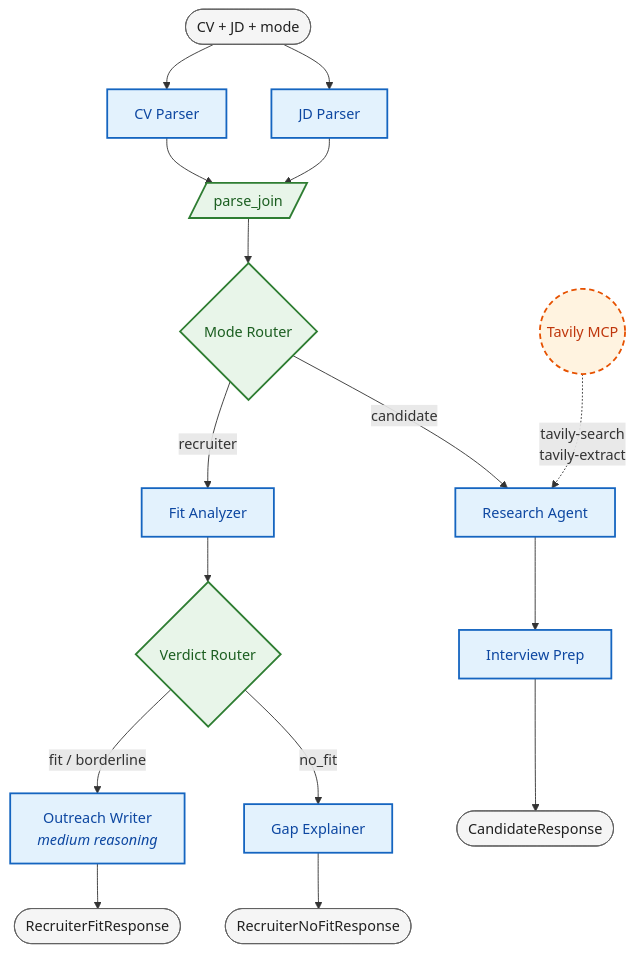
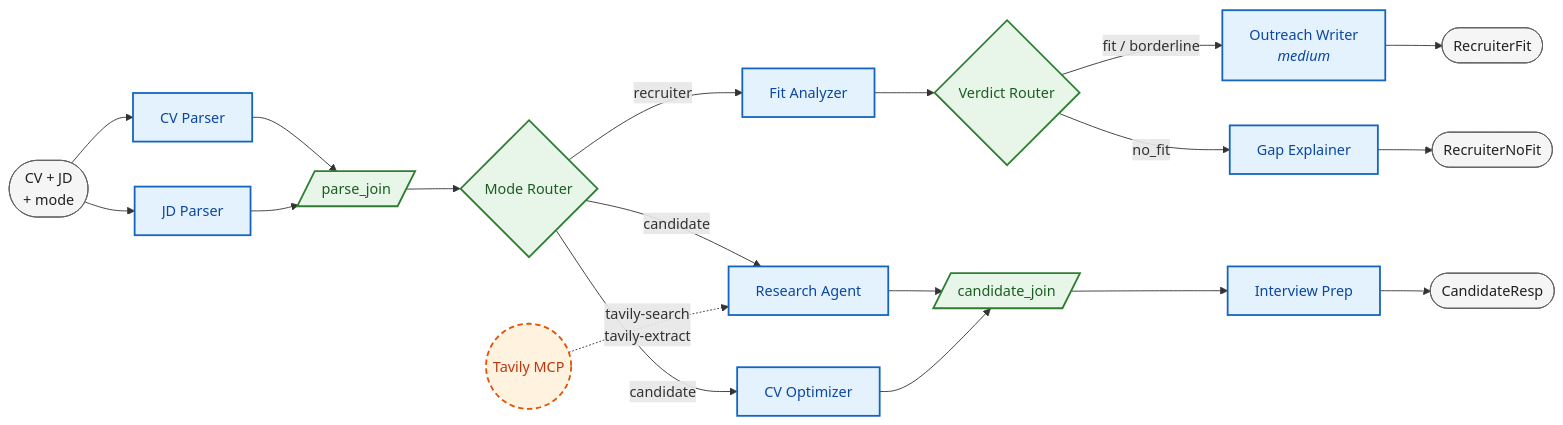
Before and after one commit to Naji-Najari/career-copilot: the diagram in README.md, drawn with Mermaid. The commit also changed other lines of this file and 13 other files, not shown here.

Commit message:
feat: implement CV Optimizer agent for strategic CV positioning recommendations

````diff
--- a/README.md
+++ b/README.md
@@ -39,31 +39,33 @@
 ```mermaid
-flowchart TD
-    IN(["CV + JD + mode"]):::io
+flowchart LR
+    IN(["CV + JD<br/>+ mode"]):::io
 
     IN --> CV[CV Parser]:::agent
     IN --> JD[JD Parser]:::agent
     CV --> PJ[/parse_join/]:::code
     JD --> PJ
     PJ --> MR{Mode Router}:::code
 
     MR -- recruiter --> FA[Fit Analyzer]:::agent
-    MR -- candidate --> RA[Research Agent]:::agent
-
     FA --> VR{Verdict Router}:::code
-    VR -- fit / borderline --> OW["Outreach Writer<br/><i>medium reasoning</i>"]:::agent
+    VR -- fit / borderline --> OW["Outreach Writer<br/><i>medium</i>"]:::agent
     VR -- no_fit --> GE[Gap Explainer]:::agent
 
-    RA --> IP[Interview Prep]:::agent
+    MR -- candidate --> RA[Research Agent]:::agent
+    MR -- candidate --> CO[CV Optimizer]:::agent
+    RA --> CJ[/candidate_join/]:::code
+    CO --> CJ
+    CJ --> IP[Interview Prep]:::agent
 
     TV((Tavily MCP)):::tool
     TV -. tavily-search<br/>tavily-extract .-> RA
 
-    OW --> OUT1(["RecruiterFitResponse"]):::io
-    GE --> OUT2(["RecruiterNoFitResponse"]):::io
-    IP --> OUT3(["CandidateResponse"]):::io
+    OW --> OUT1(["RecruiterFit"]):::io
+    GE --> OUT2(["RecruiterNoFit"]):::io
+    IP --> OUT3(["CandidateResp"]):::io
 
     classDef agent fill:#E3F2FD,stroke:#1565C0,stroke-width:2px,color:#0D47A1
     classDef code fill:#E8F5E9,stroke:#2E7D32,stroke-width:2px,color:#1B5E20
     classDef tool fill:#FFF3E0,stroke:#E65100,stroke-width:2px,stroke-dasharray:6 4,color:#BF360C
     classDef io fill:#F5F5F5,stroke:#616161,stroke-width:1px,color:#212121
 ```
````
